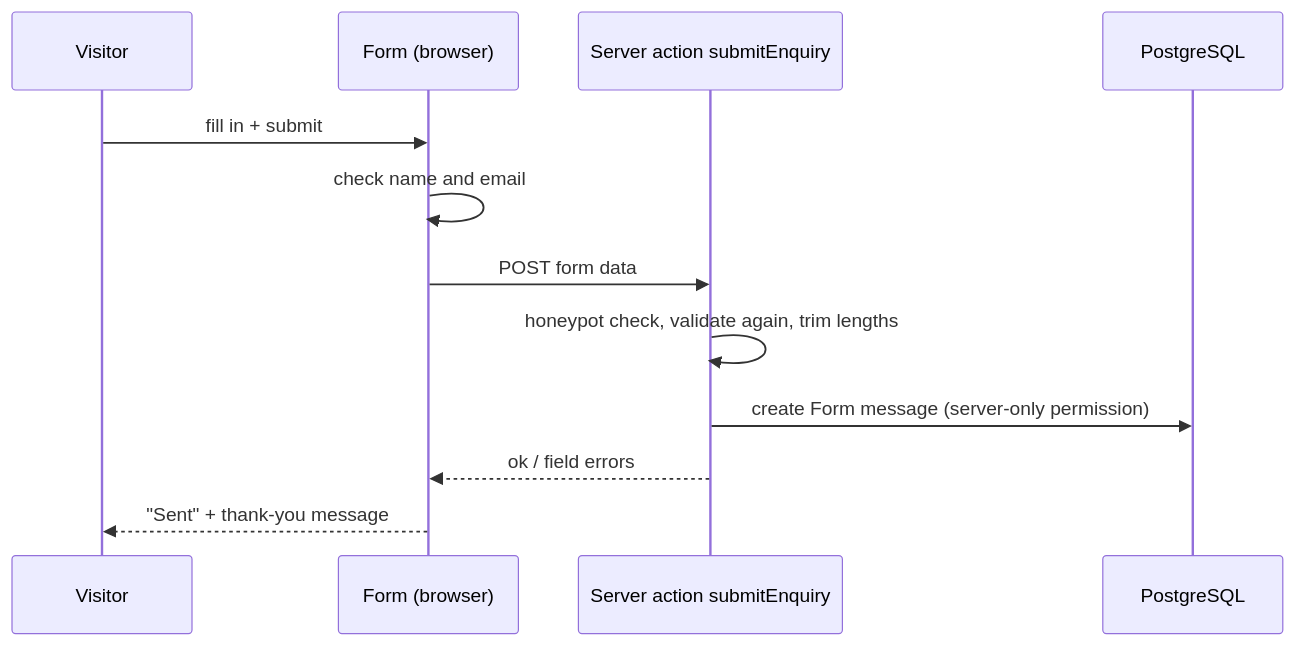
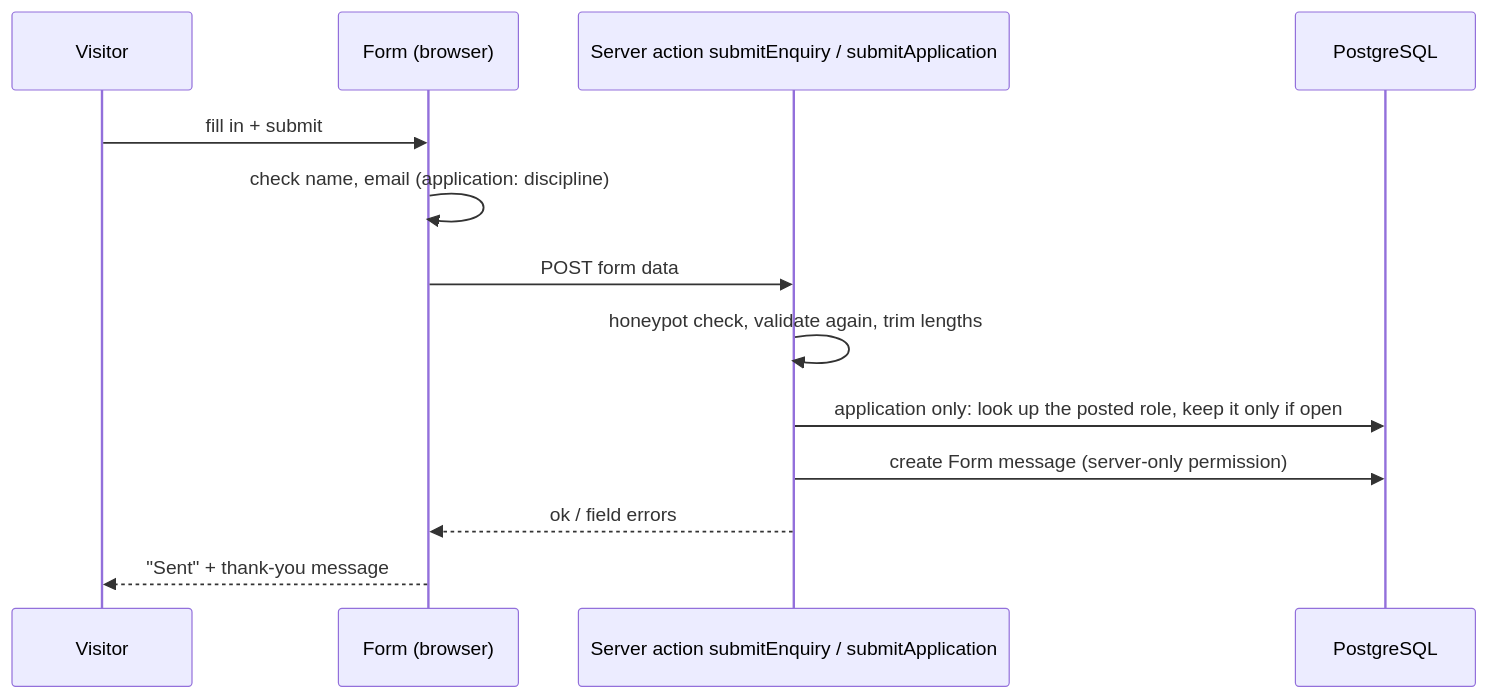
Before and after one commit to nidheeshvb/PLG: the sixth of 8 diagrams in docs/architecture.md, drawn with Mermaid. The commit also changed other lines of this file and 40 other files, not shown here.

````diff
--- a/docs/architecture.md
+++ b/docs/architecture.md
@@ -186,14 +187,15 @@
 ```mermaid
 sequenceDiagram
   participant V as Visitor
   participant F as Form (browser)
-  participant SA as Server action submitEnquiry
+  participant SA as Server action submitEnquiry / submitApplication
   participant DB as PostgreSQL
   V->>F: fill in + submit
-  F->>F: check name and email
+  F->>F: check name, email (application: discipline)
   F->>SA: POST form data
   SA->>SA: honeypot check, validate again, trim lengths
+  SA->>DB: application only: look up the posted role, keep it only if open
   SA->>DB: create Form message (server-only permission)
   SA-->>F: ok / field errors
   F-->>V: "Sent" + thank-you message
 ```
````
